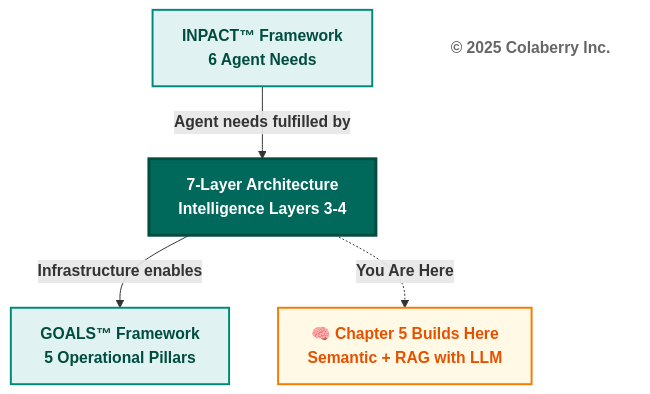
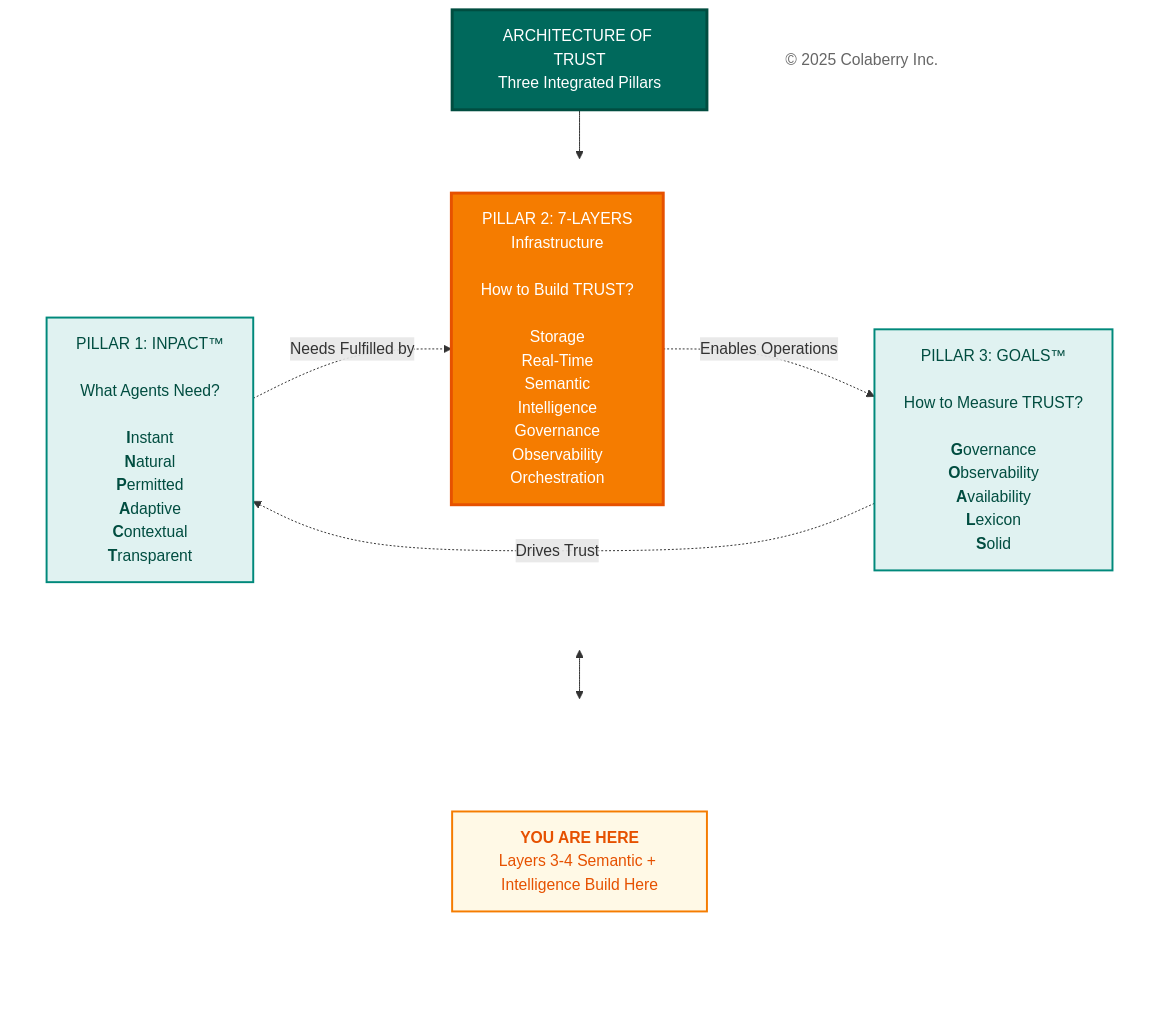
One commit to colaberry/trust-before-intelligence-book changed the second of 13 diagrams in manuscript/06_chapter_5_intelligence_layers_v2_3.md. Above: the diagram before and after it, drawn with Mermaid. The commit also changed 1 other file, not shown here.

Commit message:
Fixing architecture of trust diagram
Fixing architecture of trust diagram

````diff
--- a/manuscript/06_chapter_5_intelligence_layers_v2_3.md
+++ b/manuscript/06_chapter_5_intelligence_layers_v2_3.md
@@ -58,20 +58,46 @@
 ```mermaid
+
+
 graph TB
-    INPACT["<b>INPACT™ Framework</b><br/><b>6 Agent Needs</b>"]
-    ARCH["<b>7-Layer Architecture</b><br/><b>Intelligence Layers 3-4</b>"]
-    GOALS["<b>GOALS™ Framework</b><br/><b>5 Operational Pillars</b>"]
+    Title["ARCHITECTURE OF TRUST<br/>Three Integrated Pillars"]
     
-    INTEL["<b>🧠 Chapter 5 Builds Here</b><br/><b>Semantic + RAG with LLM</b>"]
+    subgraph PILLARS[" "]
+        direction LR
+        INPACT["`PILLAR 1: INPACT™<br/><br/>What Agents Need?<br/><br/>**I**nstant<br/>**N**atural<br/>**P**ermitted<br/>**A**daptive<br/>**C**ontextual<br/>**T**ransparent`"]
+        
+        Layers["PILLAR 2: 7-LAYERS<br/>Infrastructure<br/><br/>How to Build TRUST?<br/><br/>Storage<br/>Real-Time<br/>Semantic<br/>Intelligence<br/>Governance<br/>Observability<br/>Orchestration"]
+        
+        GOALS["`PILLAR 3: GOALS™<br/><br/>How to Measure TRUST?<br/><br/>**G**overnance<br/>**O**bservability<br/>**A**vailability<br/>**L**exicon<br/>**S**olid`"]
+    end
     
-    Copyright["<b>© 2025 Colaberry Inc.</b>"]
+    subgraph INDICATOR[" "]
+        direction LR
+        Spacer1[" "]
+        YouAreHere["<b>YOU ARE HERE</b><br/>Layers 3-4 Semantic + Intelligence Build Here"]
+        Spacer2[" "]
+    end
     
-    INPACT -->|<b>Agent needs fulfilled by</b>| ARCH
-    ARCH -->|<b>Infrastructure enables</b>| GOALS
-    ARCH -.->|<b>You Are Here</b>| INTEL
+    Copyright["© 2025 Colaberry Inc."]
     
+    Title --> PILLARS
+    PILLARS <--> INDICATOR
+    
+    INPACT -.->|"Needs Fulfilled by"| Layers
+    Layers -.->|"Enables Operations"| GOALS
+    GOALS -.->|"Drives Trust"| INPACT
+
+    style Title fill:#00695c,color:#ffffff,stroke:#004d40,stroke-width:3px
+    style PILLARS fill:none,stroke:none
+    style INDICATOR fill:none,stroke:none
     style INPACT fill:#e0f2f1,stroke:#00897b,stroke-width:2px,color:#004d40
-    style ARCH fill:#00695c,color:#ffffff,stroke:#004d40,stroke-width:3px
+    style Layers fill:#f57c00,stroke:#e65100,stroke-width:3px,color:#ffffff
     style GOALS fill:#e0f2f1,stroke:#00897b,stroke-width:2px,color:#004d40
-    style INTEL fill:#fff9e6,stroke:#f57c00,stroke-width:2px,color:#e65100
+    style Spacer1 fill:none,stroke:none,color:transparent
+    style YouAreHere fill:#fff9e6,stroke:#f57c00,stroke-width:2px,color:#e65100
+    style Spacer2 fill:none,stroke:none,color:transparent
     style Copyright fill:#ffffff,stroke:none,color:#666666
+
+
+
+
 ```
````
